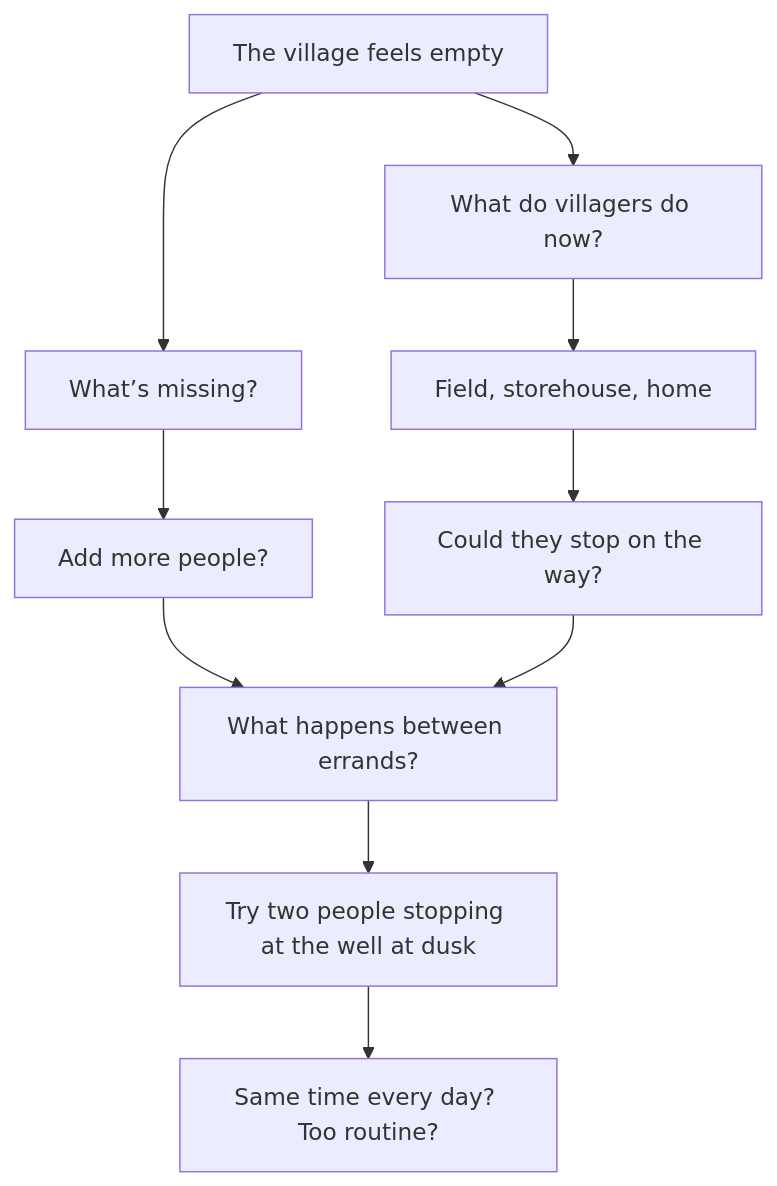
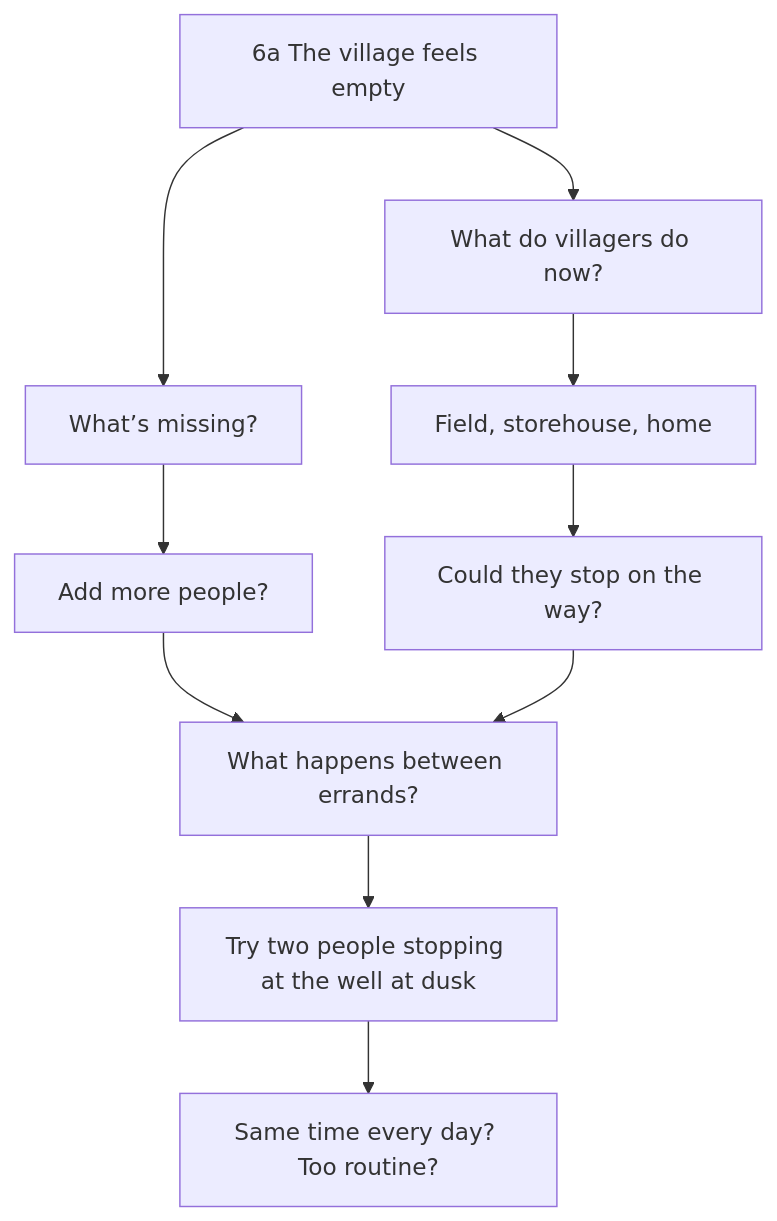
The first of 4 diagrams in en/paper-pkm/guide.md (Yurii7812/homepage), drawn with Mermaid before and after one commit. The commit also changed other lines of this file and 3 other files, not shown here.

Commit message:
Align paper PKM example IDs across diagrams and index entries

````diff
--- a/en/paper-pkm/guide.md
+++ b/en/paper-pkm/guide.md
@@ -32,12 +32,12 @@
 ```mermaid
 flowchart TD
-A["The village feels empty"] --> B["What’s missing?"]
+A["6a The village feels empty"] --> B["What’s missing?"]
   A --> C["What do villagers do now?"]
   B --> D["Add more people?"]
   C --> E["Field, storehouse, home"]
   E --> F["Could they stop on the way?"]
   D --> G["What happens between errands?"]
   F --> G
   G --> H["Try two people stopping at the well at dusk"]
   H --> I["Same time every day? Too routine?"]
 ```
````
